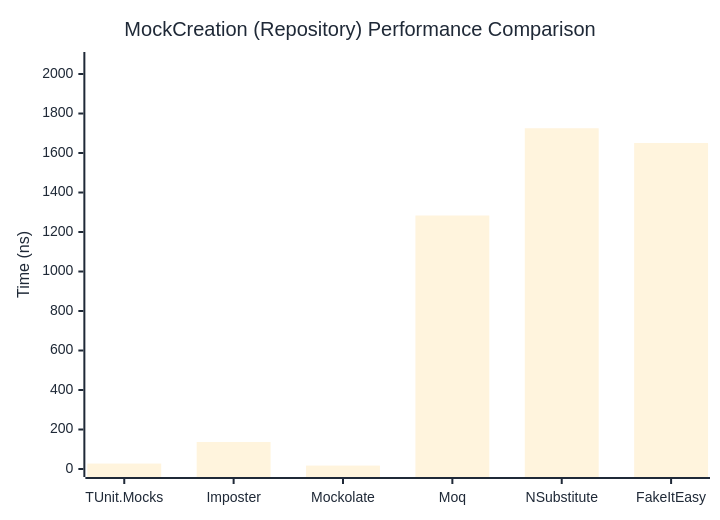
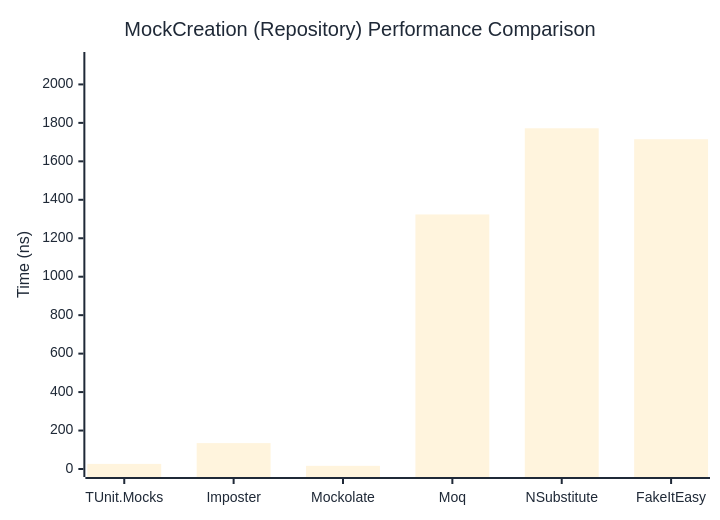
One commit to thomhurst/TUnit changed the second of 2 diagrams in docs/docs/benchmarks/mocks/MockCreation.md. Above: the diagram before and after it, drawn with Mermaid. The commit also changed other lines of this file and 14 other files, not shown here.

````diff
--- a/docs/docs/benchmarks/mocks/MockCreation.md
+++ b/docs/docs/benchmarks/mocks/MockCreation.md
@@ -71,27 +71,27 @@
 ```mermaid
 %%{init: {
   'theme':'base',
   'themeVariables': {
     'primaryColor': '#2563eb',
     'primaryTextColor': '#1f2937',
     'primaryBorderColor': '#1e40af',
     'lineColor': '#6b7280',
     'secondaryColor': '#7c3aed',
     'tertiaryColor': '#dc2626',
     'background': '#ffffff',
     'pie1': '#2563eb',
     'pie2': '#7c3aed',
     'pie3': '#dc2626',
     'pie4': '#f59e0b',
     'pie5': '#10b981',
     'pie6': '#06b6d4',
     'pie7': '#ec4899',
     'pie8': '#6366f1'
   }
 }}%%
 xychart-beta
   title "MockCreation (Repository) Performance Comparison"
   x-axis ["TUnit.Mocks", "Imposter", "Mockolate", "Moq", "NSubstitute", "FakeItEasy"]
-  y-axis "Time (ns)" 0 --> 2071
-  bar [27.49, 136.84, 17.31, 1283.64, 1725.41, 1650.67]
+  y-axis "Time (ns)" 0 --> 2127
+  bar [26.49, 134.63, 16.45, 1323.73, 1771.98, 1714.98]
 ```
````
